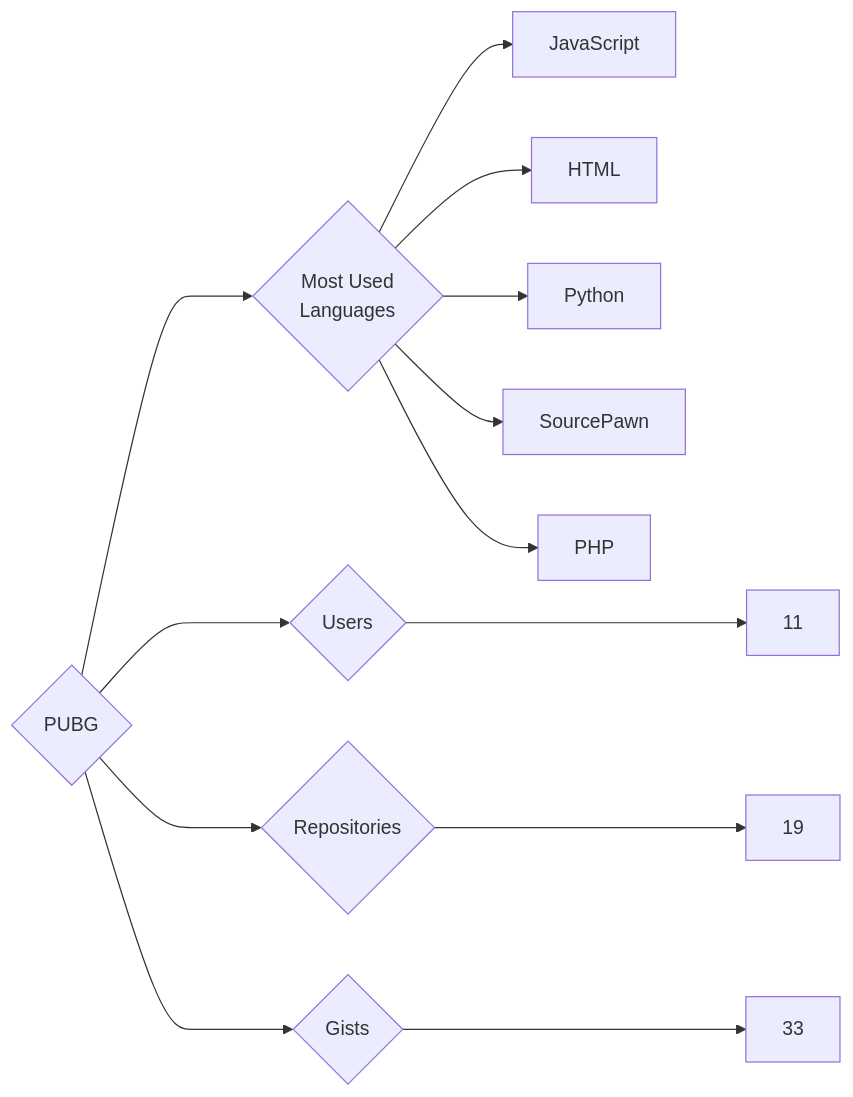
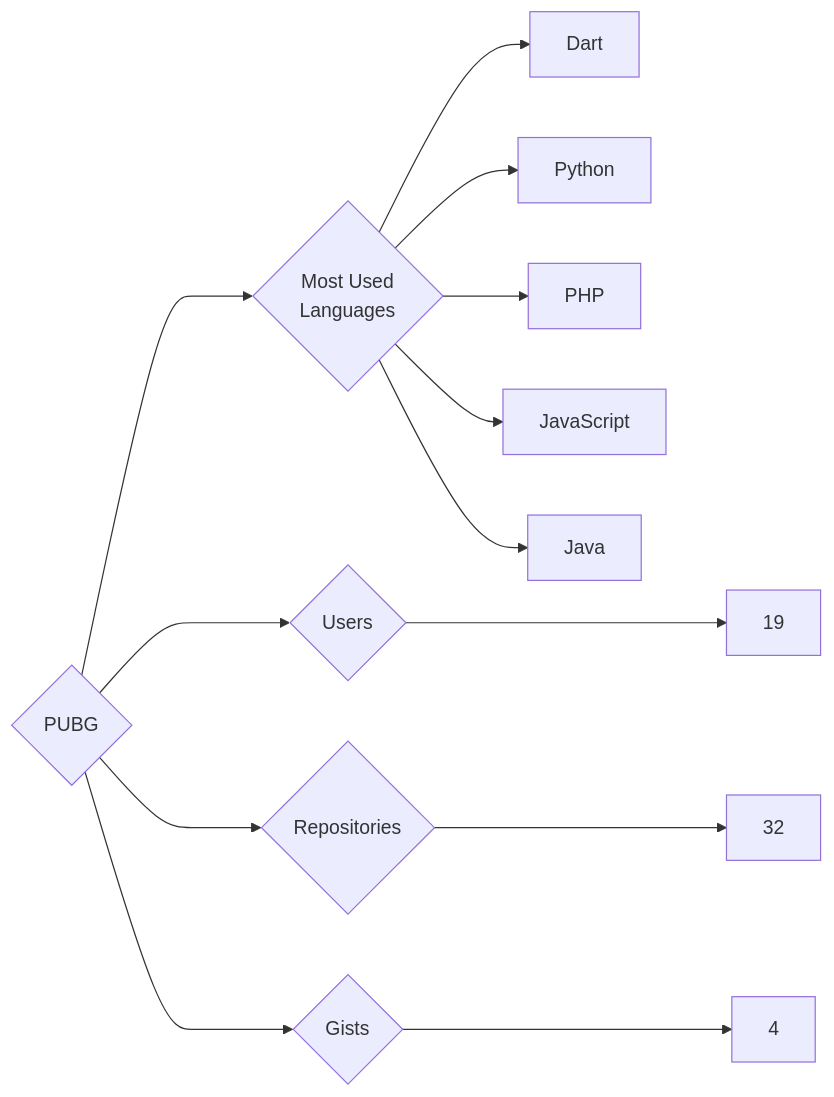
The diagram in targets/PUBG/README.md (trickest/insiders), drawn with Mermaid before and after one commit. The commit also changed 976 other files, not shown here.

````diff
--- a/targets/PUBG/README.md
+++ b/targets/PUBG/README.md
@@ -3,13 +3,13 @@
 ```mermaid
 graph LR
 COMPANY_NAME{PUBG}
-COMPANY_NAME ---> U{Users} ---> UN[11]
-COMPANY_NAME ---> R{Repositories} ---> RN[19]
-COMPANY_NAME ---> G{Gists} ---> GN[33]
+COMPANY_NAME ---> U{Users} ---> UN[19]
+COMPANY_NAME ---> R{Repositories} ---> RN[32]
+COMPANY_NAME ---> G{Gists} ---> GN[4]
 COMPANY_NAME ---> ML{Most Used<br>Languages}
+ML --> Dart[Dart]
+ML --> Python[Python]
+ML --> PHP[PHP]
 ML --> JavaScript[JavaScript]
-ML --> HTML[HTML]
-ML --> Python[Python]
-ML --> SourcePawn[SourcePawn]
-ML --> PHP[PHP]
+ML --> Java[Java]
 ```
````
